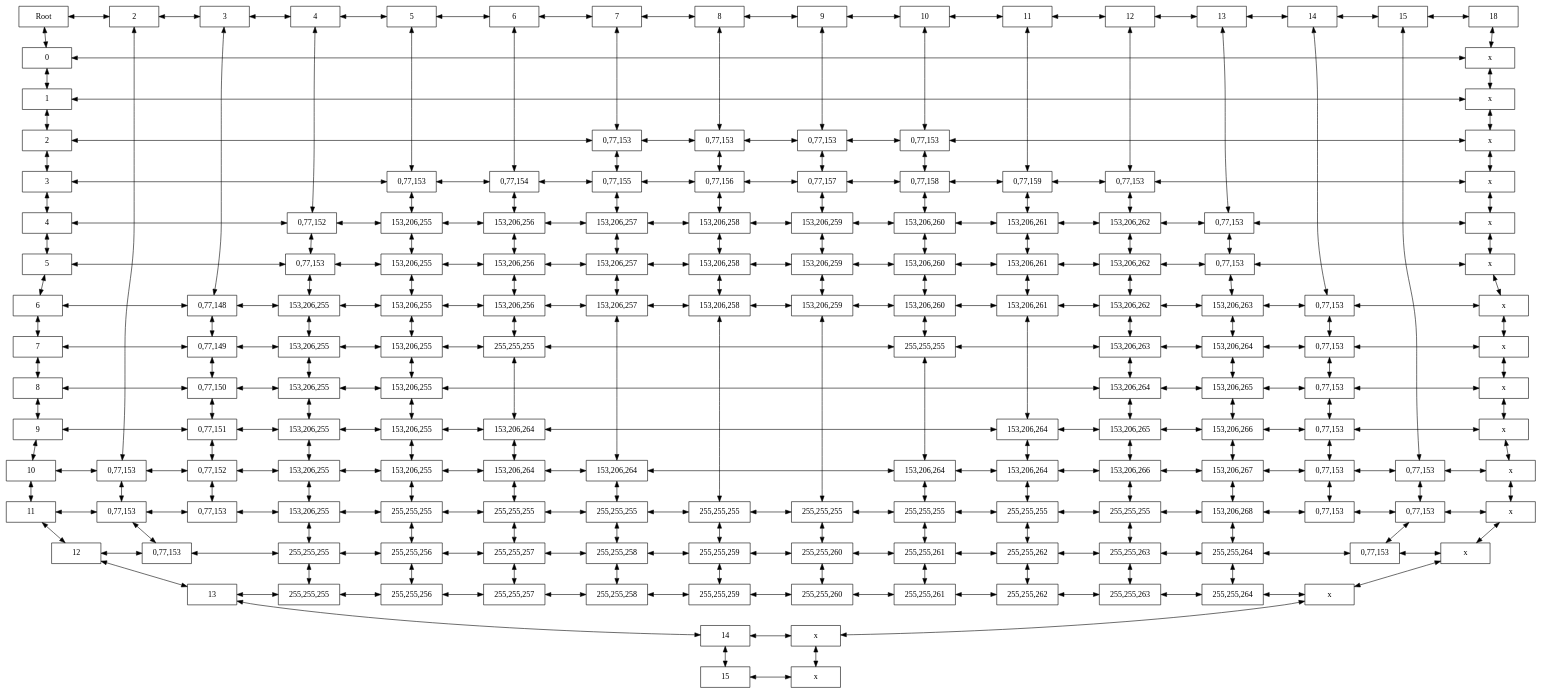
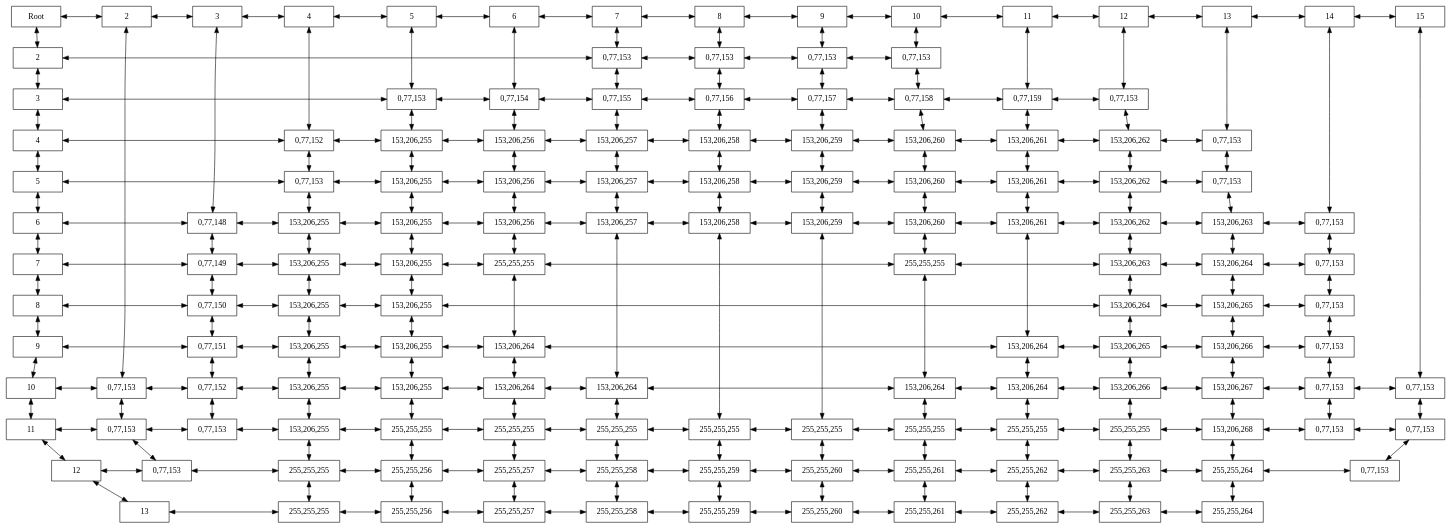
The diagram in Cuerpo_Normal.dot (jmansilla-2014056/EDD_2S2019_PY1_201709396), drawn with Graphviz before and after one commit. The commit also changed 50 other files, not shown here.

```diff
--- a/Cuerpo_Normal.dot
+++ b/Cuerpo_Normal.dot
@@ -3,8 +3,6 @@
 graph [nodesep = 1];
 rankdir=TB;
 "-1--1"[label="Root"];
-"-1-0"[label="0"];
-"-1-1"[label="1"];
 "-1-2"[label="2"];
 "-1-3"[label="3"];
 "-1-4"[label="4"];
@@ -17,8 +15,6 @@
 "-1-11"[label="11"];
 "-1-12"[label="12"];
 "-1-13"[label="13"];
-"-1-14"[label="14"];
-"-1-15"[label="15"];
 "2--1"[label="2"];
 "2-10"[label="0,77,153"];
 "2-11"[label="0,77,153"];
@@ -147,45 +143,8 @@
 "15-10"[label="0,77,153"];
 "15-11"[label="0,77,153"];
 "15-12"[label="0,77,153"];
-"18--1"[label="18"];
-"18-0"[label="x
-"];
-"18-1"[label="x
-"];
-"18-2"[label="x
-"];
-"18-3"[label="x
-"];
-"18-4"[label="x
-"];
-"18-5"[label="x
-"];
-"18-6"[label="x
-"];
-"18-7"[label="x
-"];
-"18-8"[label="x
-"];
-"18-9"[label="x
-"];
-"18-10"[label="x
-"];
-"18-11"[label="x
-"];
-"18-12"[label="x
-"];
-"18-13"[label="x
-"];
-"18-14"[label="x
-"];
-"18-15"[label="x
-"];
 "-1--1"->"2--1"[dir=both];
-"-1--1"->"-1-0"[dir=both];
-"-1-0"->"18-0"[dir=both];
-"-1-0"->"-1-1"[dir=both];
-"-1-1"->"18-1"[dir=both];
-"-1-1"->"-1-2"[dir=both];
+"-1--1"->"-1-2"[dir=both];
 "-1-2"->"7-2"[dir=both];
 "-1-2"->"-1-3"[dir=both];
 "-1-3"->"5-3"[dir=both];
@@ -209,10 +168,6 @@
 "-1-12"->"2-12"[dir=both];
 "-1-12"->"-1-13"[dir=both];
 "-1-13"->"4-13"[dir=both];
-"-1-13"->"-1-14"[dir=both];
-"-1-14"->"18-14"[dir=both];
-"-1-14"->"-1-15"[dir=both];
-"-1-15"->"18-15"[dir=both];
 "2--1"->"3--1"[dir=both];
 "2--1"->"2-10"[dir=both];
 "2-10"->"3-10"[dir=both];
@@ -353,7 +308,6 @@
 "9-13"->"10-13"[dir=both];
 "10--1"->"11--1"[dir=both];
 "10--1"->"10-2"[dir=both];
-"10-2"->"18-2"[dir=both];
 "10-2"->"10-3"[dir=both];
 "10-3"->"11-3"[dir=both];
 "10-3"->"10-4"[dir=both];
@@ -393,7 +347,6 @@
 "11-13"->"12-13"[dir=both];
 "12--1"->"13--1"[dir=both];
 "12--1"->"12-3"[dir=both];
-"12-3"->"18-3"[dir=both];
 "12-3"->"12-4"[dir=both];
 "12-4"->"13-4"[dir=both];
 "12-4"->"12-5"[dir=both];
@@ -416,9 +369,7 @@
 "12-13"->"13-13"[dir=both];
 "13--1"->"14--1"[dir=both];
 "13--1"->"13-4"[dir=both];
-"13-4"->"18-4"[dir=both];
 "13-4"->"13-5"[dir=both];
-"13-5"->"18-5"[dir=both];
 "13-5"->"13-6"[dir=both];
 "13-6"->"14-6"[dir=both];
 "13-6"->"13-7"[dir=both];
@@ -434,58 +385,29 @@
 "13-11"->"13-12"[dir=both];
 "13-12"->"15-12"[dir=both];
 "13-12"->"13-13"[dir=both];
-"13-13"->"18-13"[dir=both];
 "14--1"->"15--1"[dir=both];
 "14--1"->"14-6"[dir=both];
-"14-6"->"18-6"[dir=both];
 "14-6"->"14-7"[dir=both];
-"14-7"->"18-7"[dir=both];
 "14-7"->"14-8"[dir=both];
-"14-8"->"18-8"[dir=both];
 "14-8"->"14-9"[dir=both];
-"14-9"->"18-9"[dir=both];
 "14-9"->"14-10"[dir=both];
 "14-10"->"15-10"[dir=both];
 "14-10"->"14-11"[dir=both];
 "14-11"->"15-11"[dir=both];
-"15--1"->"18--1"[dir=both];
 "15--1"->"15-10"[dir=both];
-"15-10"->"18-10"[dir=both];
 "15-10"->"15-11"[dir=both];
-"15-11"->"18-11"[dir=both];
 "15-11"->"15-12"[dir=both];
-"15-12"->"18-12"[dir=both];
-"18--1"->"18-0"[dir=both];
-"18-0"->"18-1"[dir=both];
-"18-1"->"18-2"[dir=both];
-"18-2"->"18-3"[dir=both];
-"18-3"->"18-4"[dir=both];
-"18-4"->"18-5"[dir=both];
-"18-5"->"18-6"[dir=both];
-"18-6"->"18-7"[dir=both];
-"18-7"->"18-8"[dir=both];
-"18-8"->"18-9"[dir=both];
-"18-9"->"18-10"[dir=both];
-"18-10"->"18-11"[dir=both];
-"18-11"->"18-12"[dir=both];
-"18-12"->"18-13"[dir=both];
-"18-13"->"18-14"[dir=both];
-"18-14"->"18-15"[dir=both];
-{ rank=same; "-1--1" "2--1" "3--1" "4--1" "5--1" "6--1" "7--1" "8--1" "9--1" "10--1" "11--1" "12--1" "13--1" "14--1" "15--1" "18--1" };
-{ rank=same; "-1-0" "18-0" };
-{ rank=same; "-1-1" "18-1" };
-{ rank=same; "-1-2" "7-2" "8-2" "9-2" "10-2" "18-2" };
-{ rank=same; "-1-3" "5-3" "6-3" "7-3" "8-3" "9-3" "10-3" "11-3" "12-3" "18-3" };
-{ rank=same; "-1-4" "4-4" "5-4" "6-4" "7-4" "8-4" "9-4" "10-4" "11-4" "12-4" "13-4" "18-4" };
-{ rank=same; "-1-5" "4-5" "5-5" "6-5" "7-5" "8-5" "9-5" "10-5" "11-5" "12-5" "13-5" "18-5" };
-{ rank=same; "-1-6" "3-6" "4-6" "5-6" "6-6" "7-6" "8-6" "9-6" "10-6" "11-6" "12-6" "13-6" "14-6" "18-6" };
-{ rank=same; "-1-7" "3-7" "4-7" "5-7" "6-7" "10-7" "12-7" "13-7" "14-7" "18-7" };
-{ rank=same; "-1-8" "3-8" "4-8" "5-8" "12-8" "13-8" "14-8" "18-8" };
-{ rank=same; "-1-9" "3-9" "4-9" "5-9" "6-9" "11-9" "12-9" "13-9" "14-9" "18-9" };
-{ rank=same; "-1-10" "2-10" "3-10" "4-10" "5-10" "6-10" "7-10" "10-10" "11-10" "12-10" "13-10" "14-10" "15-10" "18-10" };
-{ rank=same; "-1-11" "2-11" "3-11" "4-11" "5-11" "6-11" "7-11" "8-11" "9-11" "10-11" "11-11" "12-11" "13-11" "14-11" "15-11" "18-11" };
-{ rank=same; "-1-12" "2-12" "4-12" "5-12" "6-12" "7-12" "8-12" "9-12" "10-12" "11-12" "12-12" "13-12" "15-12" "18-12" };
-{ rank=same; "-1-13" "4-13" "5-13" "6-13" "7-13" "8-13" "9-13" "10-13" "11-13" "12-13" "13-13" "18-13" };
-{ rank=same; "-1-14" "18-14" };
-{ rank=same; "-1-15" "18-15" };
+{ rank=same; "-1--1" "2--1" "3--1" "4--1" "5--1" "6--1" "7--1" "8--1" "9--1" "10--1" "11--1" "12--1" "13--1" "14--1" "15--1" };
+{ rank=same; "-1-2" "7-2" "8-2" "9-2" "10-2" };
+{ rank=same; "-1-3" "5-3" "6-3" "7-3" "8-3" "9-3" "10-3" "11-3" "12-3" };
+{ rank=same; "-1-4" "4-4" "5-4" "6-4" "7-4" "8-4" "9-4" "10-4" "11-4" "12-4" "13-4" };
+{ rank=same; "-1-5" "4-5" "5-5" "6-5" "7-5" "8-5" "9-5" "10-5" "11-5" "12-5" "13-5" };
+{ rank=same; "-1-6" "3-6" "4-6" "5-6" "6-6" "7-6" "8-6" "9-6" "10-6" "11-6" "12-6" "13-6" "14-6" };
+{ rank=same; "-1-7" "3-7" "4-7" "5-7" "6-7" "10-7" "12-7" "13-7" "14-7" };
+{ rank=same; "-1-8" "3-8" "4-8" "5-8" "12-8" "13-8" "14-8" };
+{ rank=same; "-1-9" "3-9" "4-9" "5-9" "6-9" "11-9" "12-9" "13-9" "14-9" };
+{ rank=same; "-1-10" "2-10" "3-10" "4-10" "5-10" "6-10" "7-10" "10-10" "11-10" "12-10" "13-10" "14-10" "15-10" };
+{ rank=same; "-1-11" "2-11" "3-11" "4-11" "5-11" "6-11" "7-11" "8-11" "9-11" "10-11" "11-11" "12-11" "13-11" "14-11" "15-11" };
+{ rank=same; "-1-12" "2-12" "4-12" "5-12" "6-12" "7-12" "8-12" "9-12" "10-12" "11-12" "12-12" "13-12" "15-12" };
+{ rank=same; "-1-13" "4-13" "5-13" "6-13" "7-13" "8-13" "9-13" "10-13" "11-13" "12-13" "13-13" };
 }
```
